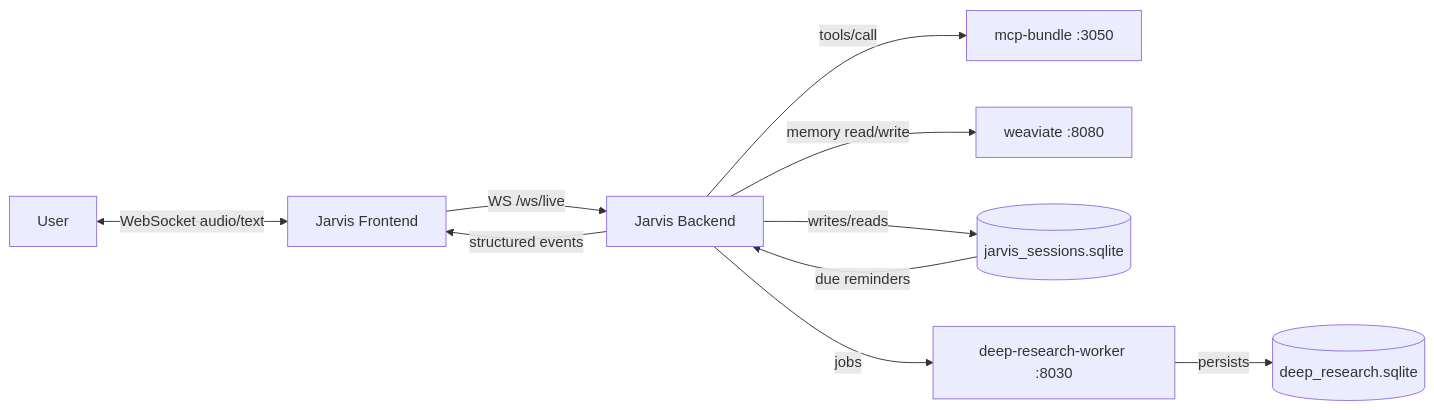
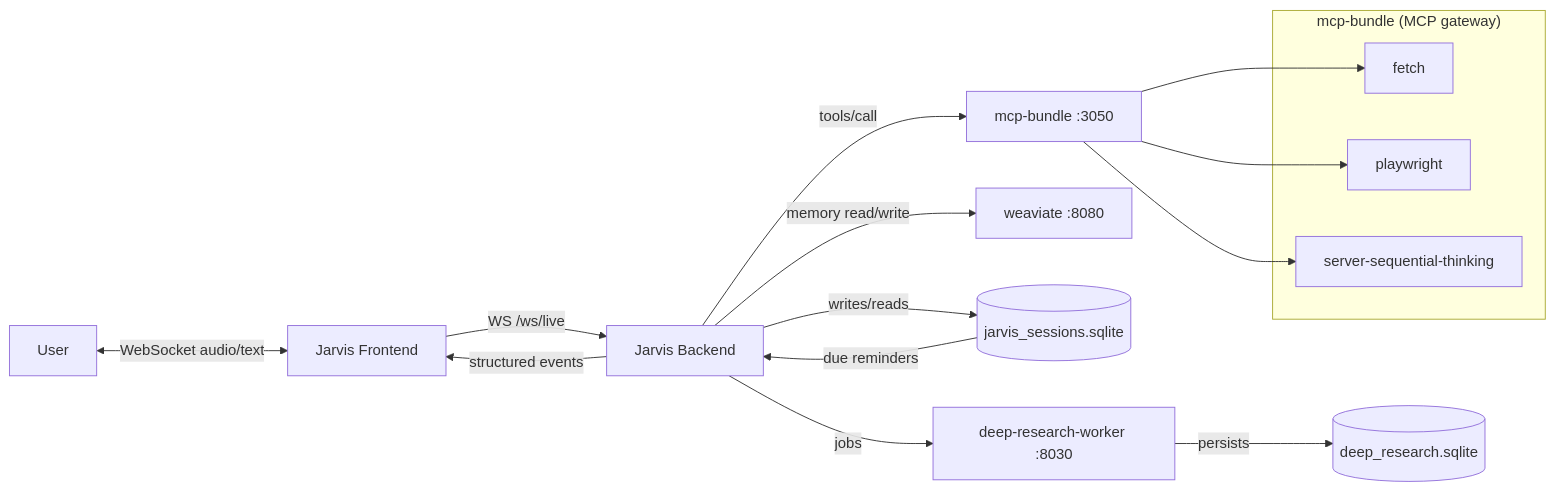
One commit to tonezzz/chaba changed the diagram in services/assistance/README.md. Above: the diagram before and after it, drawn with Mermaid.

Commit message:
docs: expand overview chart with mcp-bundle

````diff
--- a/services/assistance/README.md
+++ b/services/assistance/README.md
@@ -5,15 +5,25 @@
 ```mermaid
 flowchart LR
   U[User] <-->|WebSocket audio/text| FE[Jarvis Frontend]
   FE -->|WS /ws/live| BE[Jarvis Backend]
 
   BE -->|tools/call| MCP[mcp-bundle :3050]
   BE -->|memory read/write| WV[weaviate :8080]
   BE -->|writes/reads| DB[(jarvis_sessions.sqlite)]
 
   BE -->|jobs| DR[deep-research-worker :8030]
   DR -->|persists| DRDB[(deep_research.sqlite)]
 
   DB -->|due reminders| BE
   BE -->|structured events| FE
+
+  subgraph MCP_bundle["mcp-bundle (MCP gateway)"]
+    MCPF[fetch]
+    MCPP[playwright]
+    MCPS[server-sequential-thinking]
+  end
+
+  MCP --> MCPF
+  MCP --> MCPP
+  MCP --> MCPS
 ```
````
